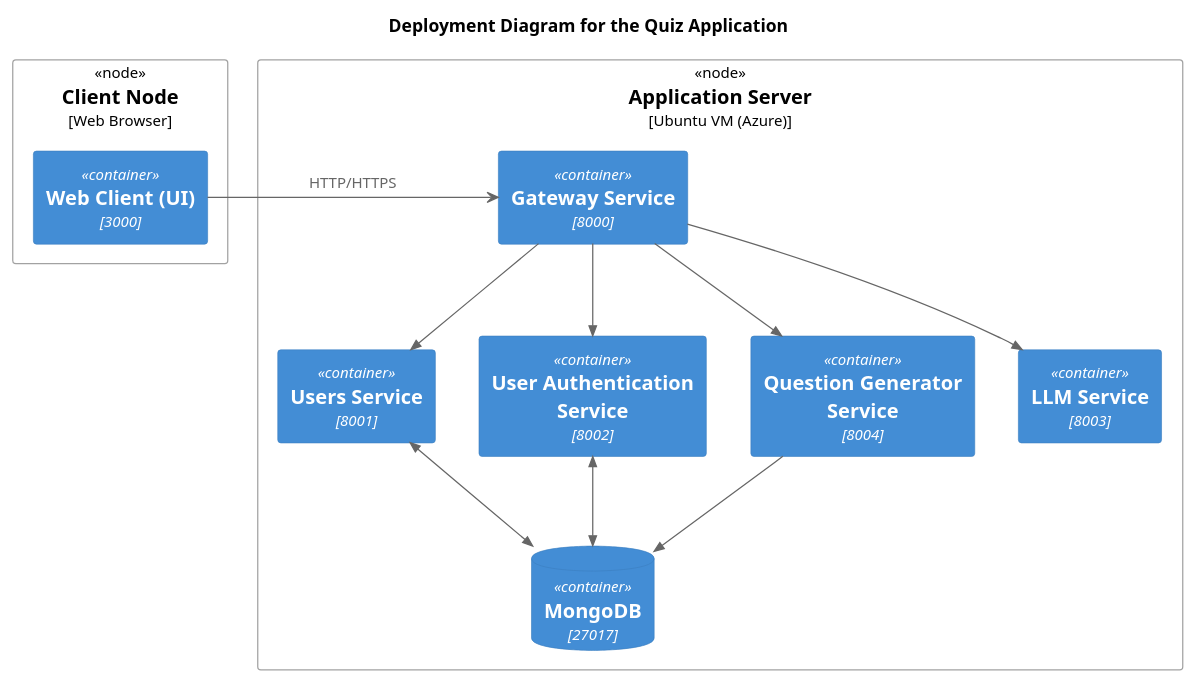
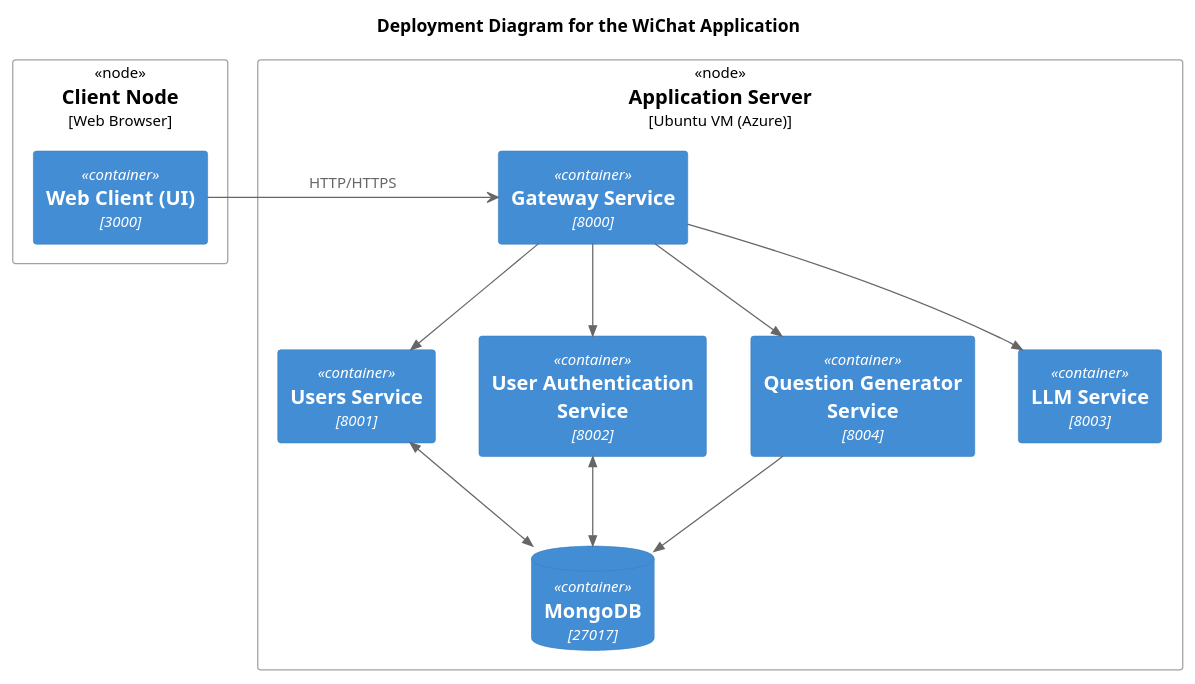
One commit to Arquisoft/wichat_en1a changed the diagram in docs/src/diagrams/C4_deployment_diagram.puml. Above: the diagram before and after it, drawn with PlantUML.

Commit message:
Fixed a minor misspelling in the diagram

```diff
--- a/docs/src/diagrams/C4_deployment_diagram.puml
+++ b/docs/src/diagrams/C4_deployment_diagram.puml
@@ -1,28 +1,28 @@
 @startuml C4_Deployment_Diagram
 !include https://raw.githubusercontent.com/plantuml-stdlib/C4-PlantUML/master/C4_Deployment.puml
 
-title Deployment Diagram for the Quiz Application
+title Deployment Diagram for the WiChat Application
 
 Deployment_Node(clientNode, "Client Node", "Web Browser") {
     Container(client, "Web Client (UI)", 3000)
 }
 
 Deployment_Node(serverNode, "Application Server", "Ubuntu VM (Azure)") {
     Container(gateway, "Gateway Service", 8000)
     Container(users, "Users Service", 8001)
     Container(auth, "User Authentication Service", 8002)
     Container(qg, "Question Generator Service", 8004)
     Container(llm, "LLM Service", 8003)
     ContainerDb(db, "MongoDB", 27017)
 }
 
 client -> gateway: HTTP/HTTPS
 Rel(gateway, auth, "")
 Rel(gateway, users, "")
 Rel(gateway, qg, "")
 Rel(gateway, llm, "")
 BiRel(auth, db, "")
 BiRel(users, db, "")
 Rel(qg, db, "")
 
 @enduml
```
